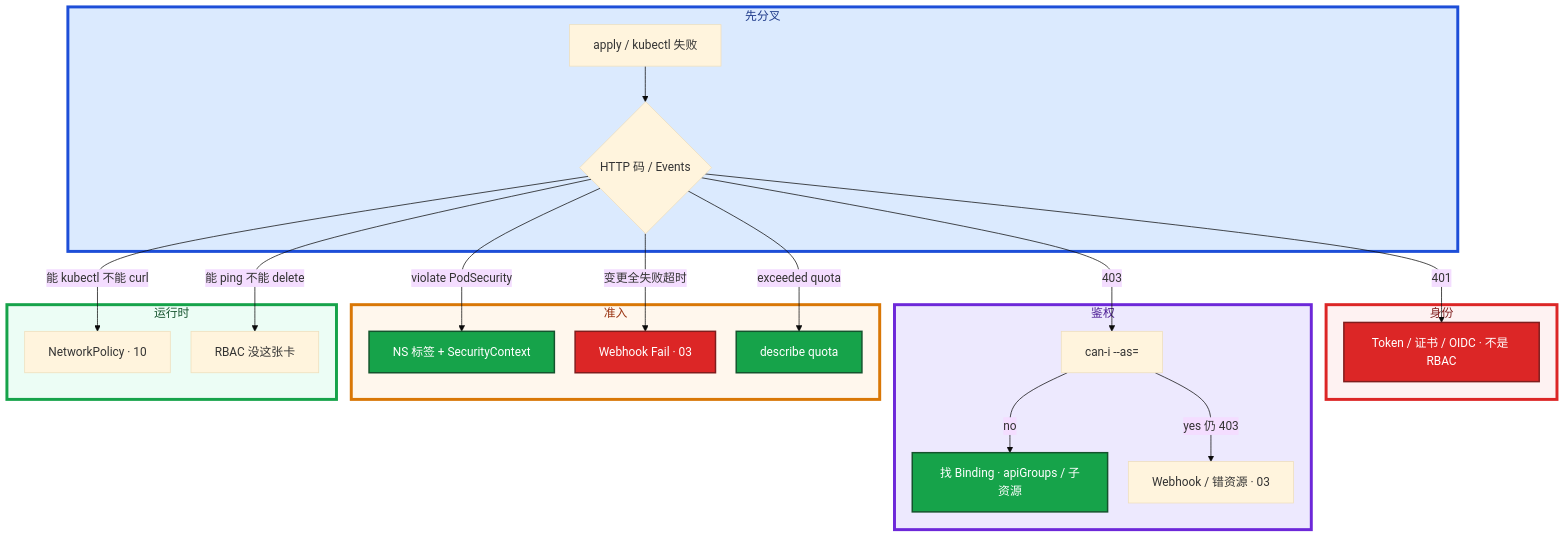
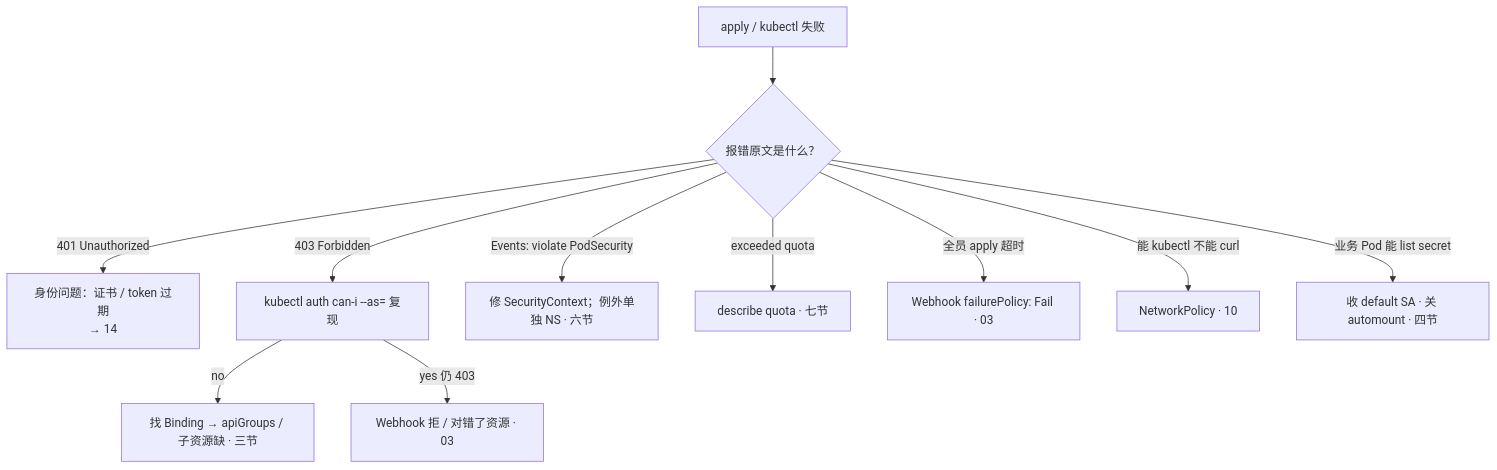
One commit to ml-cuizijun/LearnToLilith changed the fourth of 4 diagrams in 03-Kubernetes/13-RBAC与安全/知识点.md. Above: the diagram before and after it, drawn with Mermaid. The commit also changed other lines of this file and 470 other files, not shown here.

````diff
--- a/03-Kubernetes/13-RBAC与安全/知识点.md
+++ b/03-Kubernetes/13-RBAC与安全/知识点.md
@@ -544,39 +472,13 @@
 ```mermaid
-%%{init: {"flowchart": {"padding": 16, "nodeSpacing": 28, "rankSpacing": 48}, "theme": "base"}}%%
 flowchart TB
-    subgraph gate ["先分叉"]
-        A[apply / kubectl 失败] --> B{HTTP 码 / Events}
-    end
-
-    subgraph ident ["身份"]
-        B -->|401| C[Token / 证书 / OIDC · 不是 RBAC]
-    end
-
-    subgraph rbac ["鉴权"]
-        B -->|403| D[can-i --as=]
-        D -->|no| E[找 Binding · apiGroups / 子资源]
-        D -->|yes 仍 403| F[Webhook / 错资源 · 03]
-    end
-
-    subgraph adm ["准入"]
-        B -->|violate PodSecurity| G[NS 标签 + SecurityContext]
-        B -->|变更全失败超时| H[Webhook Fail · 03]
-        B -->|exceeded quota| I[describe quota]
-    end
-
-    subgraph net ["运行时"]
-        B -->|能 kubectl 不能 curl| J[NetworkPolicy · 10]
-        B -->|能 ping 不能 delete| K[RBAC 没这张卡]
-    end
-
-    classDef bad fill:#DC2626,stroke:#7F1D1D,stroke-width:2px,color:#fff
-    classDef ok fill:#16A34A,stroke:#14532D,stroke-width:2px,color:#fff
-    class C,H bad
-    class E,G,I ok
-
-    style gate fill:#DBEAFE,stroke:#1D4ED8,stroke-width:4px,color:#1E3A8A
-    style ident fill:#FEF2F2,stroke:#DC2626,stroke-width:4px,color:#7F1D1D
-    style rbac fill:#EDE9FE,stroke:#6D28D9,stroke-width:4px,color:#4C1D95
-    style adm fill:#FFF7ED,stroke:#D97706,stroke-width:4px,color:#9A3412
-    style net fill:#ECFDF5,stroke:#16A34A,stroke-width:4px,color:#14532D
+    A["apply / kubectl 失败"] --> B{"报错原文是什么？"}
+    B -->|"401 Unauthorized"| C["身份问题：证书 / token 过期<br/>→ 14"]
+    B -->|"403 Forbidden"| D["kubectl auth can-i --as= 复现"]
+    D -->|no| E["找 Binding → apiGroups / 子资源缺 · 三节"]
+    D -->|"yes 仍 403"| F["Webhook 拒 / 对错了资源 · 03"]
+    B -->|"Events: violate PodSecurity"| G["修 SecurityContext；例外单独 NS · 六节"]
+    B -->|"exceeded quota"| H["describe quota · 七节"]
+    B -->|"全员 apply 超时"| I["Webhook failurePolicy: Fail · 03"]
+    B -->|"能 kubectl 不能 curl"| J["NetworkPolicy · 10"]
+    B -->|"业务 Pod 能 list secret"| K["收 default SA · 关 automount · 四节"]
 ```
````
